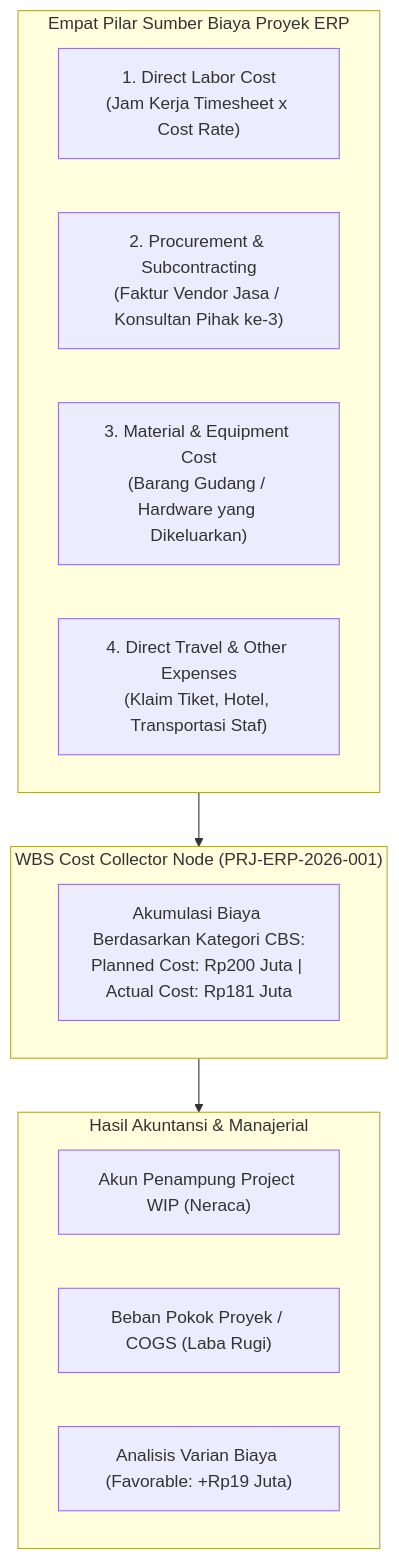
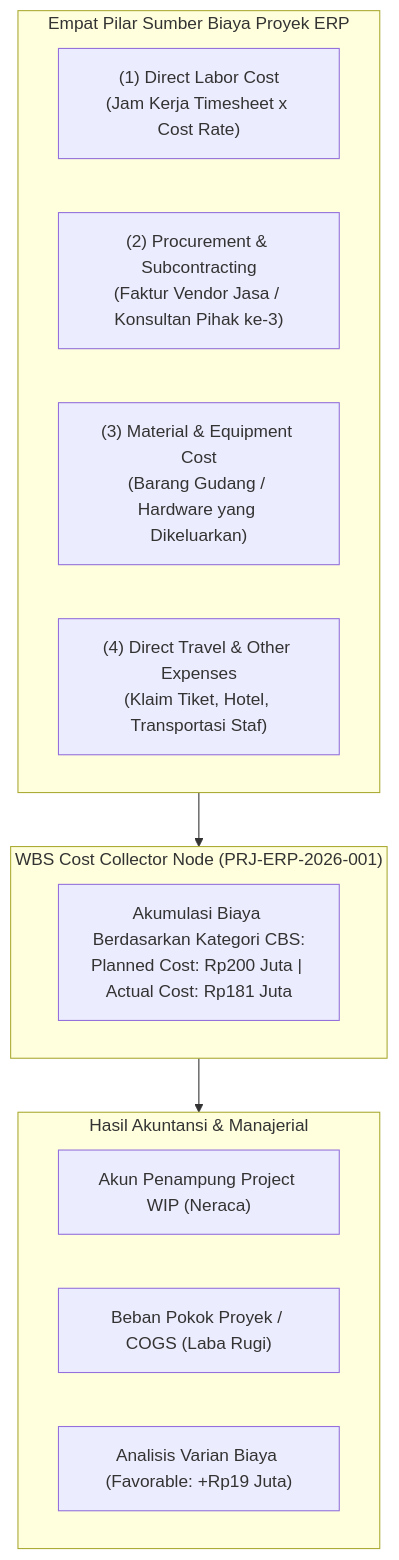
The first of 2 diagrams in content/09-project/project-cost-management.md (alimurrofid/erp-notes), drawn with Mermaid before and after one commit. The commit also changed 132 other files, not shown here.

````diff
--- a/content/09-project/project-cost-management.md
+++ b/content/09-project/project-cost-management.md
@@ -9,22 +9,22 @@
 ```mermaid
 flowchart TD
     subgraph CostSources["Empat Pilar Sumber Biaya Proyek ERP"]
-        Labor["1. Direct Labor Cost<br/>(Jam Kerja Timesheet x Cost Rate)"]
-        Proc["2. Procurement & Subcontracting<br/>(Faktur Vendor Jasa / Konsultan Pihak ke-3)"]
-        Mat["3. Material & Equipment Cost<br/>(Barang Gudang / Hardware yang Dikeluarkan)"]
-        Exp["4. Direct Travel & Other Expenses<br/>(Klaim Tiket, Hotel, Transportasi Staf)"]
+        Labor["(1) Direct Labor Cost<br/>(Jam Kerja Timesheet x Cost Rate)"]
+        Proc["(2) Procurement & Subcontracting<br/>(Faktur Vendor Jasa / Konsultan Pihak ke-3)"]
+        Mat["(3) Material & Equipment Cost<br/>(Barang Gudang / Hardware yang Dikeluarkan)"]
+        Exp["(4) Direct Travel & Other Expenses<br/>(Klaim Tiket, Hotel, Transportasi Staf)"]
     end
 
     subgraph ProjectWBS["WBS Cost Collector Node (PRJ-ERP-2026-001)"]
         CBS["Akumulasi Biaya Berdasarkan Kategori CBS:<br/>Planned Cost: Rp200 Juta | Actual Cost: Rp181 Juta"]
     end
 
     subgraph AccountingOutcomes["Hasil Akuntansi & Manajerial"]
         WIP["Akun Penampung Project WIP (Neraca)"]
         COS["Beban Pokok Proyek / COGS (Laba Rugi)"]
         Variance["Analisis Varian Biaya (Favorable: +Rp19 Juta)"]
     end
 
     CostSources --> ProjectWBS
     ProjectWBS --> AccountingOutcomes
 ```
````
